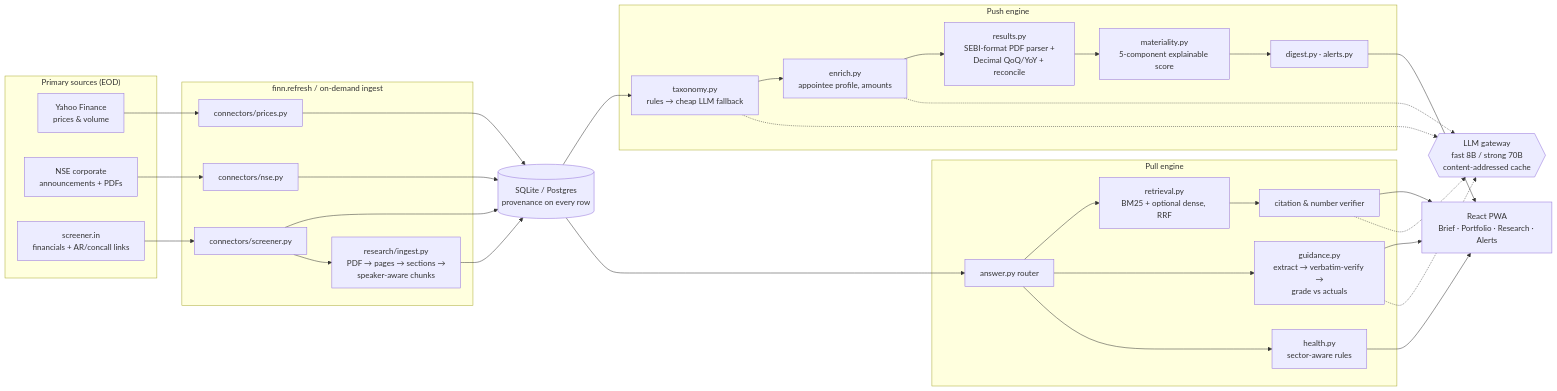
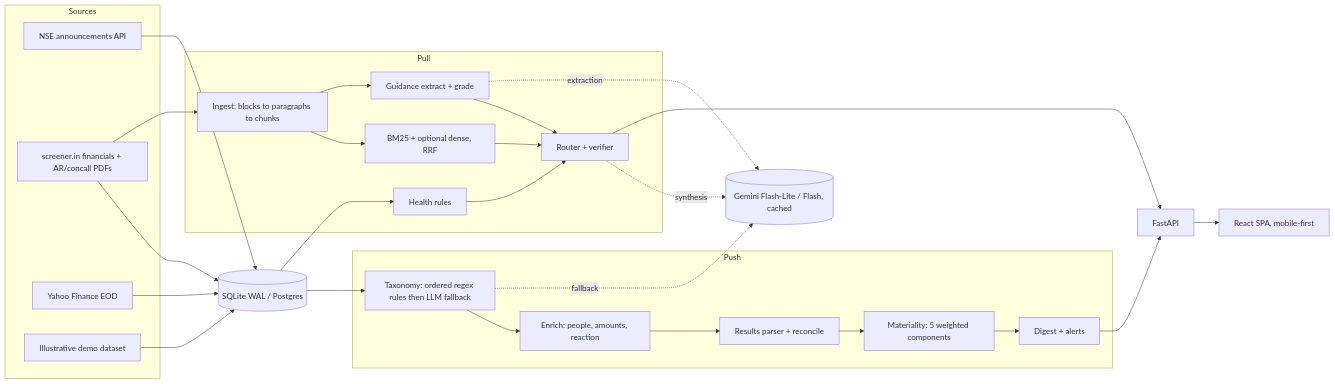
One commit to Ayushkrn7781/enam_holdings changed the diagram in README.md. Above: the diagram before and after it, drawn with Mermaid. The commit also changed other lines of this file and 171 other files, not shown here.

````diff
--- a/README.md
+++ b/README.md
@@ -73,46 +50,34 @@
 ```mermaid
 flowchart LR
-  subgraph Sources["Primary sources (EOD)"]
-    YF[Yahoo Finance<br/>prices & volume]
-    NSE[NSE corporate<br/>announcements + PDFs]
-    SCR[screener.in<br/>financials + AR/concall links]
+  subgraph Sources
+    NSE[NSE announcements API]
+    SCR[screener.in financials + AR/concall PDFs]
+    YF[Yahoo Finance EOD]
+    DEMO[Illustrative demo dataset]
   end
-  subgraph Ingest["finn.refresh / on-demand ingest"]
-    C1[connectors/prices.py]
-    C2[connectors/nse.py]
-    C3[connectors/screener.py]
-    PDF[research/ingest.py<br/>PDF → pages → sections →<br/>speaker-aware chunks]
+  subgraph Push
+    TAX[Taxonomy: ordered regex rules then LLM fallback]
+    MAT[Materiality: 5 weighted components]
+    RES[Results parser + reconcile]
+    ENR[Enrich: people, amounts, reaction]
+    DIG[Digest + alerts]
   end
-  DB[(SQLite / Postgres<br/>provenance on every row)]
-  subgraph Push["Push engine"]
-    TAX[taxonomy.py<br/>rules → cheap LLM fallback]
-    RES[results.py<br/>SEBI-format PDF parser +<br/>Decimal QoQ/YoY + reconcile]
-    ENR[enrich.py<br/>appointee profile, amounts]
-    MAT[materiality.py<br/>5-component explainable score]
-    DIG[digest.py · alerts.py]
+  subgraph Pull
+    ING[Ingest: blocks to paragraphs to chunks]
+    RET[BM25 + optional dense, RRF]
+    GUI[Guidance extract + grade]
+    HEA[Health rules]
+    ANS[Router + verifier]
   end
-  subgraph Pull["Pull engine"]
-    RTR[answer.py router]
-    RET[retrieval.py<br/>BM25 + optional dense, RRF]
-    GUI[guidance.py<br/>extract → verbatim-verify →<br/>grade vs actuals]
-    HLT[health.py<br/>sector-aware rules]
-    VER[citation & number verifier]
-  end
-  LLM{{LLM gateway<br/>fast 8B / strong 70B<br/>content-addressed cache}}
-  UI[React PWA<br/>Brief · Portfolio · Research · Alerts]
-
-  YF --> C1 --> DB
-  NSE --> C2 --> DB
-  SCR --> C3 --> DB
-  C3 --> PDF --> DB
-  DB --> TAX --> ENR --> RES --> MAT --> DIG --> UI
-  DB --> RTR
-  RTR --> RET & GUI & HLT
-  RET --> VER --> UI
-  GUI --> UI
-  HLT --> UI
-  TAX -.-> LLM
-  ENR -.-> LLM
-  GUI -.-> LLM
-  VER -.-> LLM
+  LLM[(Gemini Flash-Lite / Flash, cached)]
+  DB[(SQLite WAL / Postgres)]
+  NSE & YF & SCR & DEMO --> DB
+  DB --> TAX --> ENR --> RES --> MAT --> DIG
+  SCR --> ING --> RET --> ANS
+  ING --> GUI --> ANS
+  DB --> HEA --> ANS
+  TAX -. fallback .-> LLM
+  ANS -. synthesis .-> LLM
+  GUI -. extraction .-> LLM
+  DIG & ANS --> API[FastAPI] --> SPA[React SPA, mobile-first]
 ```
````
